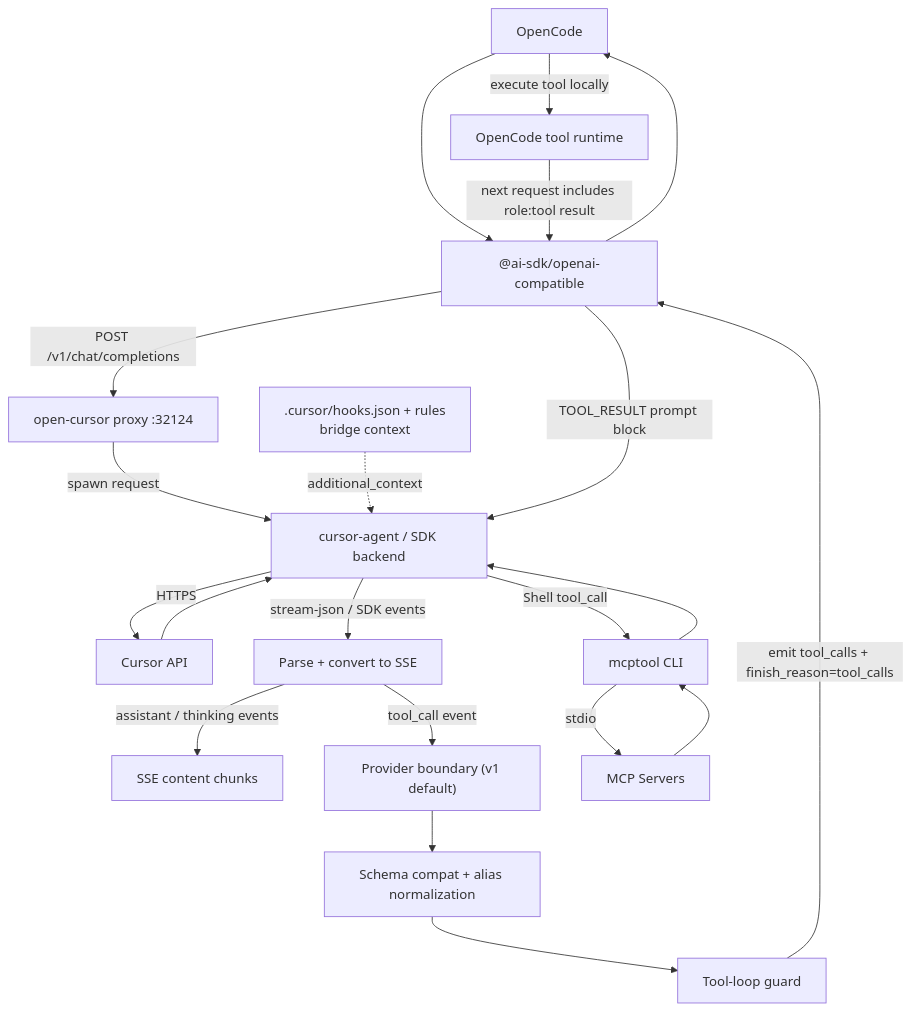
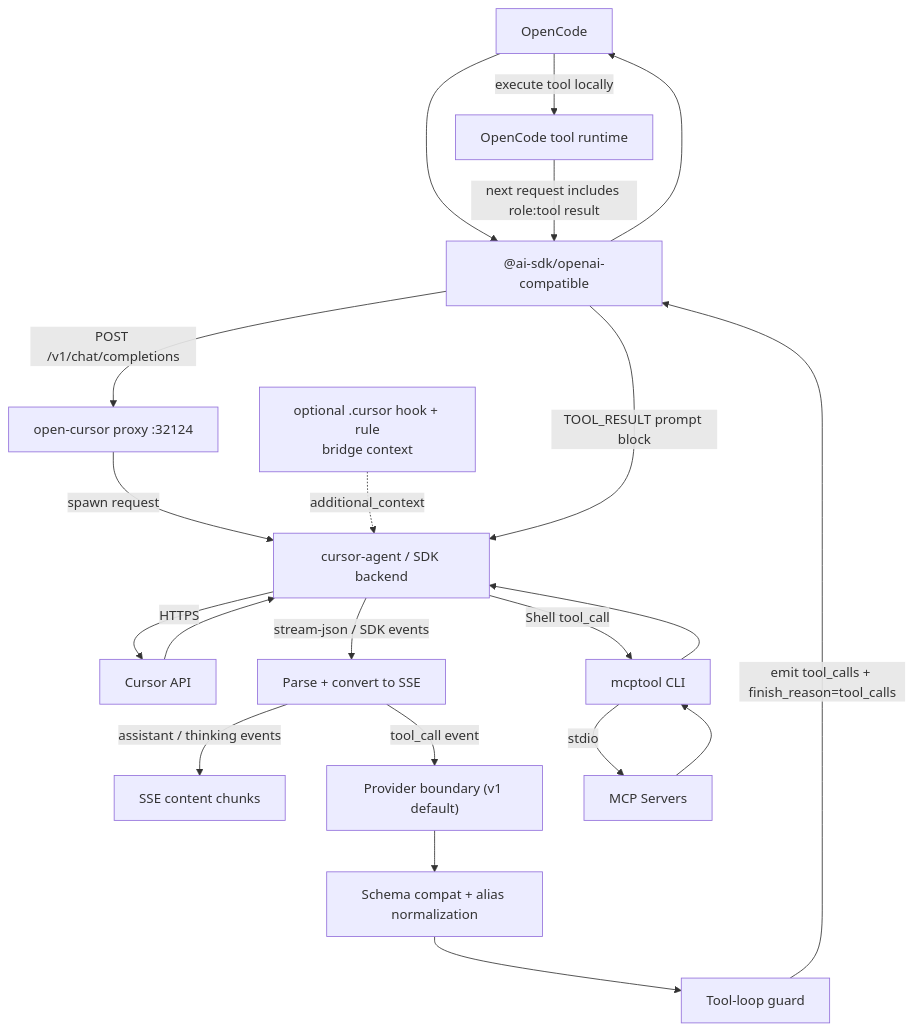
One commit to Nomadcxx/opencode-cursor changed the first of 2 diagrams in README.md. Above: the diagram before and after it, drawn with Mermaid. The commit also changed other lines of this file and 20 other files, not shown here.

Commit message:
fix tool call schema handling

````diff
--- a/README.md
+++ b/README.md
@@ -158,26 +160,26 @@
 ```mermaid
 flowchart TB
     OC["OpenCode"] --> SDK["@ai-sdk/openai-compatible"]
     SDK -->|"POST /v1/chat/completions"| PROXY["open-cursor proxy :32124"]
     PROXY -->|"spawn request"| BACKEND["cursor-agent / SDK backend"]
-    HOOK[".cursor/hooks.json + rules\nbridge context"] -. "additional_context" .-> BACKEND
+    HOOK["optional .cursor hook + rule\nbridge context"] -. "additional_context" .-> BACKEND
     BACKEND -->|"HTTPS"| CURSOR["Cursor API"]
     CURSOR --> BACKEND
 
     BACKEND -->|"stream-json / SDK events"| PARSER["Parse + convert to SSE"]
     PARSER -->|"assistant / thinking events"| SSE["SSE content chunks"]
     PARSER -->|"tool_call event"| BOUNDARY["Provider boundary (v1 default)"]
     BOUNDARY --> COMPAT["Schema compat + alias normalization"]
     COMPAT --> GUARD["Tool-loop guard"]
     GUARD -->|"emit tool_calls + finish_reason=tool_calls"| SDK
     SDK --> OC
 
     OC -->|"execute tool locally"| TOOLRUN["OpenCode tool runtime"]
     TOOLRUN -->|"next request includes role:tool result"| SDK
     SDK -->|"TOOL_RESULT prompt block"| BACKEND
 
     BACKEND -->|"Shell tool_call"| MCPTOOL["mcptool CLI"]
     MCPTOOL -->|"stdio"| MCP["MCP Servers"]
     MCP --> MCPTOOL
     MCPTOOL --> BACKEND
 ```
````
